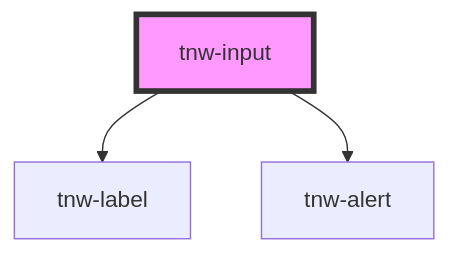
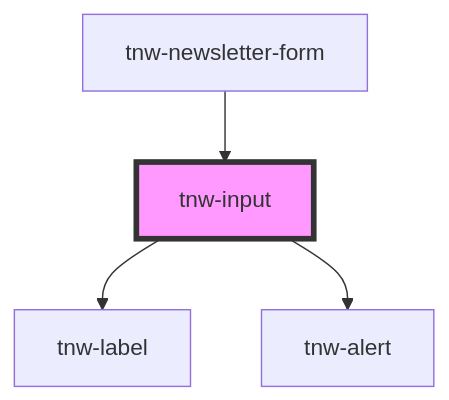
One commit to technway/technway-component-library changed the diagram in packages/stencil-library/src/components/tnw-input/readme.md. Above: the diagram before and after it, drawn with Mermaid. The commit also changed other lines of this file and 19 other files, not shown here.

Commit message:
feat(tnw-newsletter-form): introduce new component

````diff
--- a/packages/stencil-library/src/components/tnw-input/readme.md
+++ b/packages/stencil-library/src/components/tnw-input/readme.md
@@ -96,6 +100,7 @@
 ```mermaid
 graph TD;
   tnw-input --> tnw-label
   tnw-input --> tnw-alert
+  tnw-newsletter-form --> tnw-input
   style tnw-input fill:#f9f,stroke:#333,stroke-width:4px
 ```
````
